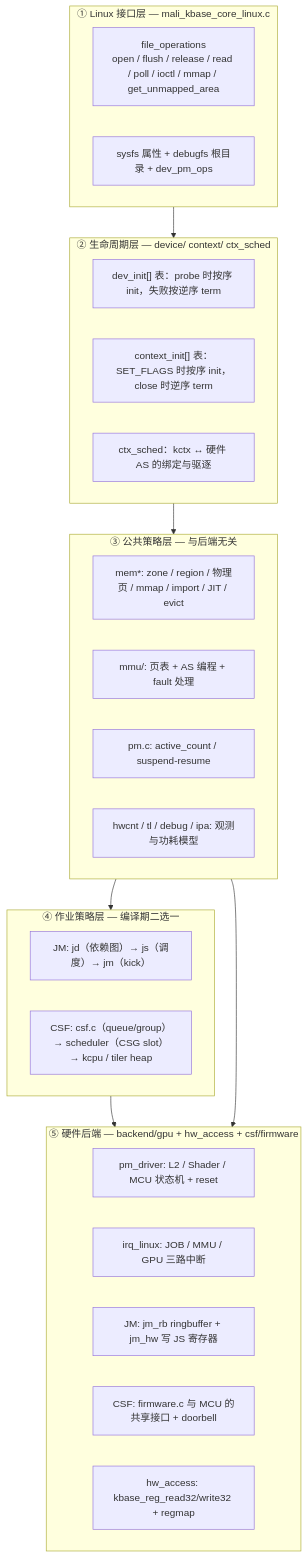
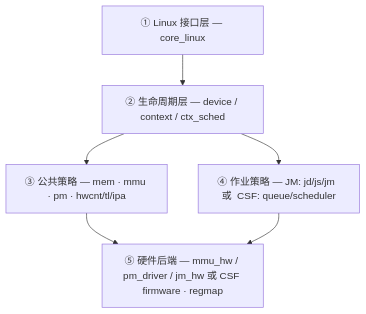
The fourth of 47 diagrams in GPU_DRIVER_ARCHITECTURE.md (firstbird/gpu_graph), drawn with Mermaid before and after one commit. The commit also changed other lines of this file and 1 other file, not shown here.

Commit message:
gpu archi doc update

````diff
--- a/GPU_DRIVER_ARCHITECTURE.md
+++ b/GPU_DRIVER_ARCHITECTURE.md
@@ -148,31 +199,13 @@
 ```mermaid
 flowchart TB
-  subgraph L1["① Linux 接口层 — mali_kbase_core_linux.c"]
-    FOPS["file_operations<br/>open / flush / release / read / poll / ioctl / mmap / get_unmapped_area"]
-    SYSFS["sysfs 属性 + debugfs 根目录 + dev_pm_ops"]
-  end
-  subgraph L2["② 生命周期层 — device/ context/ ctx_sched"]
-    DI["dev_init[] 表：probe 时按序 init，失败按逆序 term"]
-    CI["context_init[] 表：SET_FLAGS 时按序 init，close 时逆序 term"]
-    CS["ctx_sched：kctx ↔ 硬件 AS 的绑定与驱逐"]
-  end
-  subgraph L3["③ 公共策略层 — 与后端无关"]
-    MEM3["mem*: zone / region / 物理页 / mmap / import / JIT / evict"]
-    MMU3["mmu/: 页表 + AS 编程 + fault 处理"]
-    PM3["pm.c: active_count / suspend-resume"]
-    OBS["hwcnt / tl / debug / ipa: 观测与功耗模型"]
-  end
-  subgraph L4["④ 作业策略层 — 编译期二选一"]
-    JD["JM: jd（依赖图）→ js（调度）→ jm（kick）"]
-    CSFP["CSF: csf.c（queue/group）→ scheduler（CSG slot）→ kcpu / tiler heap"]
-  end
-  subgraph L5["⑤ 硬件后端 — backend/gpu + hw_access + csf/firmware"]
-    PMB["pm_driver: L2 / Shader / MCU 状态机 + reset"]
-    IRQ["irq_linux: JOB / MMU / GPU 三路中断"]
-    RB["JM: jm_rb ringbuffer + jm_hw 写 JS 寄存器"]
-    FW["CSF: firmware.c 与 MCU 的共享接口 + doorbell"]
-    REG["hw_access: kbase_reg_read32/write32 + regmap"]
-  end
-  L1 --> L2 --> L3 --> L4 --> L5
+  L1["① Linux 接口层 — core_linux"]
+  L2["② 生命周期层 — device / context / ctx_sched"]
+  L3["③ 公共策略 — mem · mmu · pm · hwcnt/tl/ipa"]
+  L4["④ 作业策略 — JM: jd/js/jm  或  CSF: queue/scheduler"]
+  L5["⑤ 硬件后端 — mmu_hw / pm_driver / jm_hw 或 CSF firmware · regmap"]
+  L1 --> L2
+  L2 --> L3
+  L2 --> L4
   L3 --> L5
+  L4 --> L5
 ```
````
